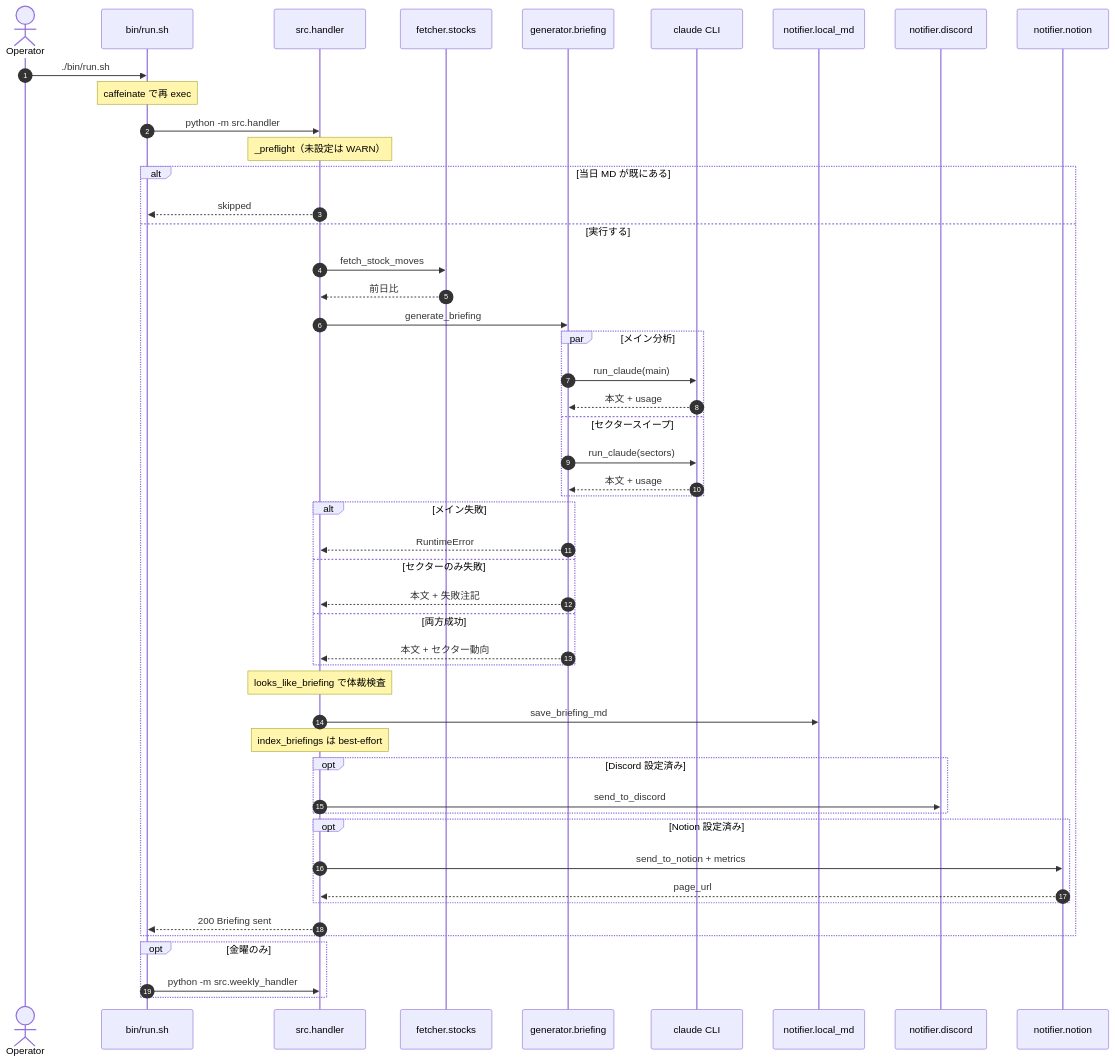
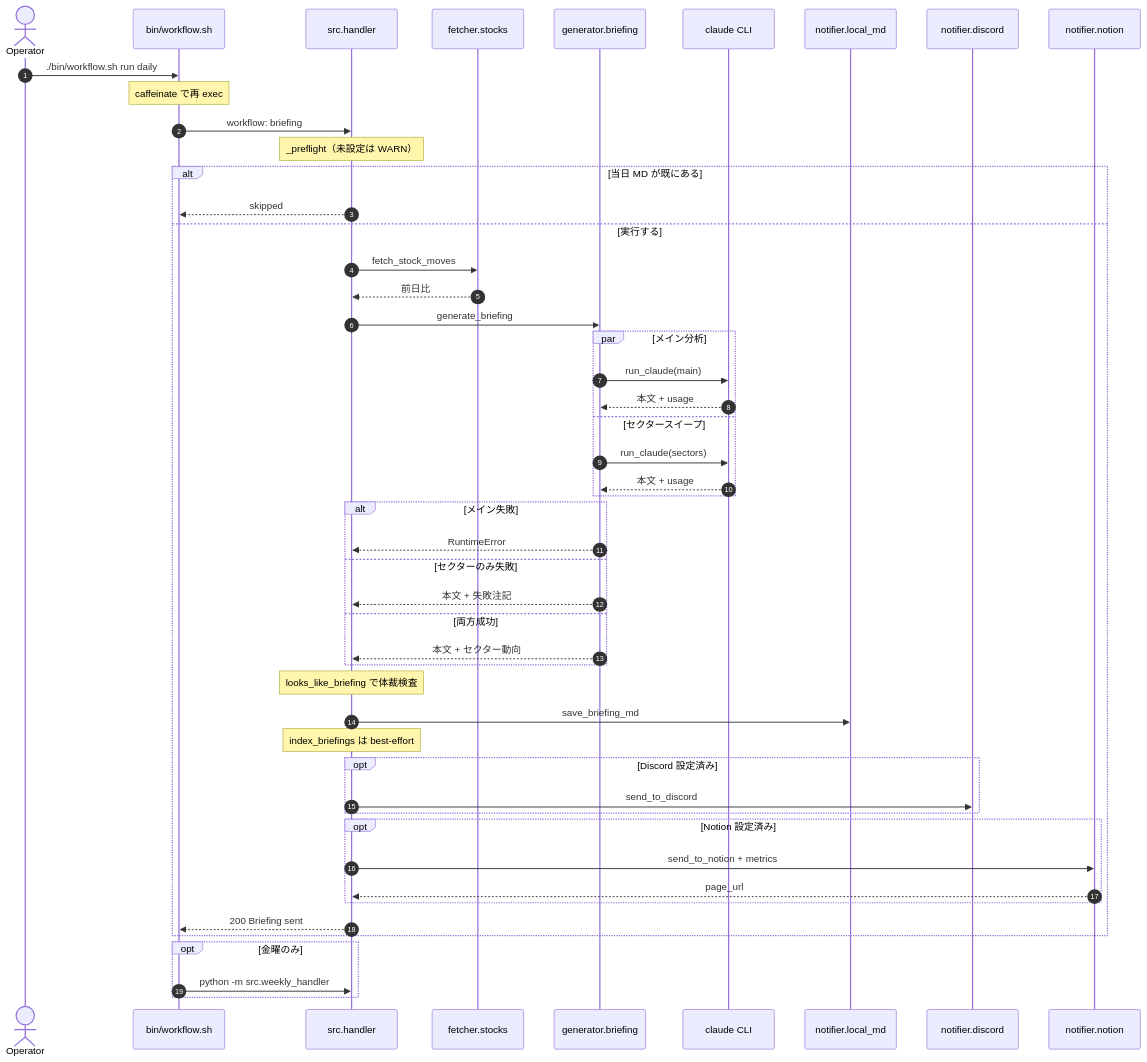
One commit to KazusaNakagawa/ai-agent-cli changed the first of 6 diagrams in docs/sequence-diagrams.md. Above: the diagram before and after it, drawn with Mermaid. The commit also changed other lines of this file and 18 other files, not shown here.

````diff
--- a/docs/sequence-diagrams.md
+++ b/docs/sequence-diagrams.md
@@ -21,59 +21,59 @@
 ```mermaid
 sequenceDiagram
     autonumber
     actor Op as Operator
-    participant Sh as bin/run.sh
+    participant Sh as bin/workflow.sh
     participant H as src.handler
     participant YF as fetcher.stocks
     participant G as generator.briefing
     participant CLI as claude CLI
     participant MD as notifier.local_md
     participant DC as notifier.discord
     participant NT as notifier.notion
 
-    Op->>Sh: ./bin/run.sh
+    Op->>Sh: ./bin/workflow.sh run daily
     Note over Sh: caffeinate で再 exec
-    Sh->>H: python -m src.handler
+    Sh->>H: workflow: briefing
     Note over H: _preflight（未設定は WARN）
 
     alt 当日 MD が既にある
         H-->>Sh: skipped
     else 実行する
         H->>YF: fetch_stock_moves
         YF-->>H: 前日比
         H->>G: generate_briefing
 
         par メイン分析
             G->>CLI: run_claude(main)
             CLI-->>G: 本文 + usage
         and セクタースイープ
             G->>CLI: run_claude(sectors)
             CLI-->>G: 本文 + usage
         end
 
         alt メイン失敗
             G-->>H: RuntimeError
         else セクターのみ失敗
             G-->>H: 本文 + 失敗注記
         else 両方成功
             G-->>H: 本文 + セクター動向
         end
 
         Note over H: looks_like_briefing で体裁検査
         H->>MD: save_briefing_md
         Note over H: index_briefings は best-effort
 
         opt Discord 設定済み
             H->>DC: send_to_discord
         end
         opt Notion 設定済み
             H->>NT: send_to_notion + metrics
             NT-->>H: page_url
         end
         H-->>Sh: 200 Briefing sent
     end
 
     opt 金曜のみ
         Sh->>H: python -m src.weekly_handler
     end
 ```
````
